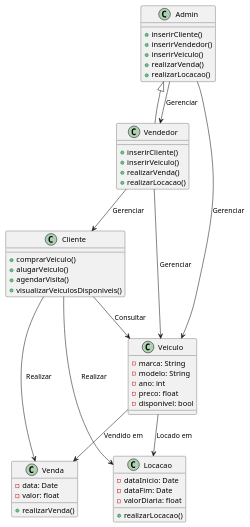
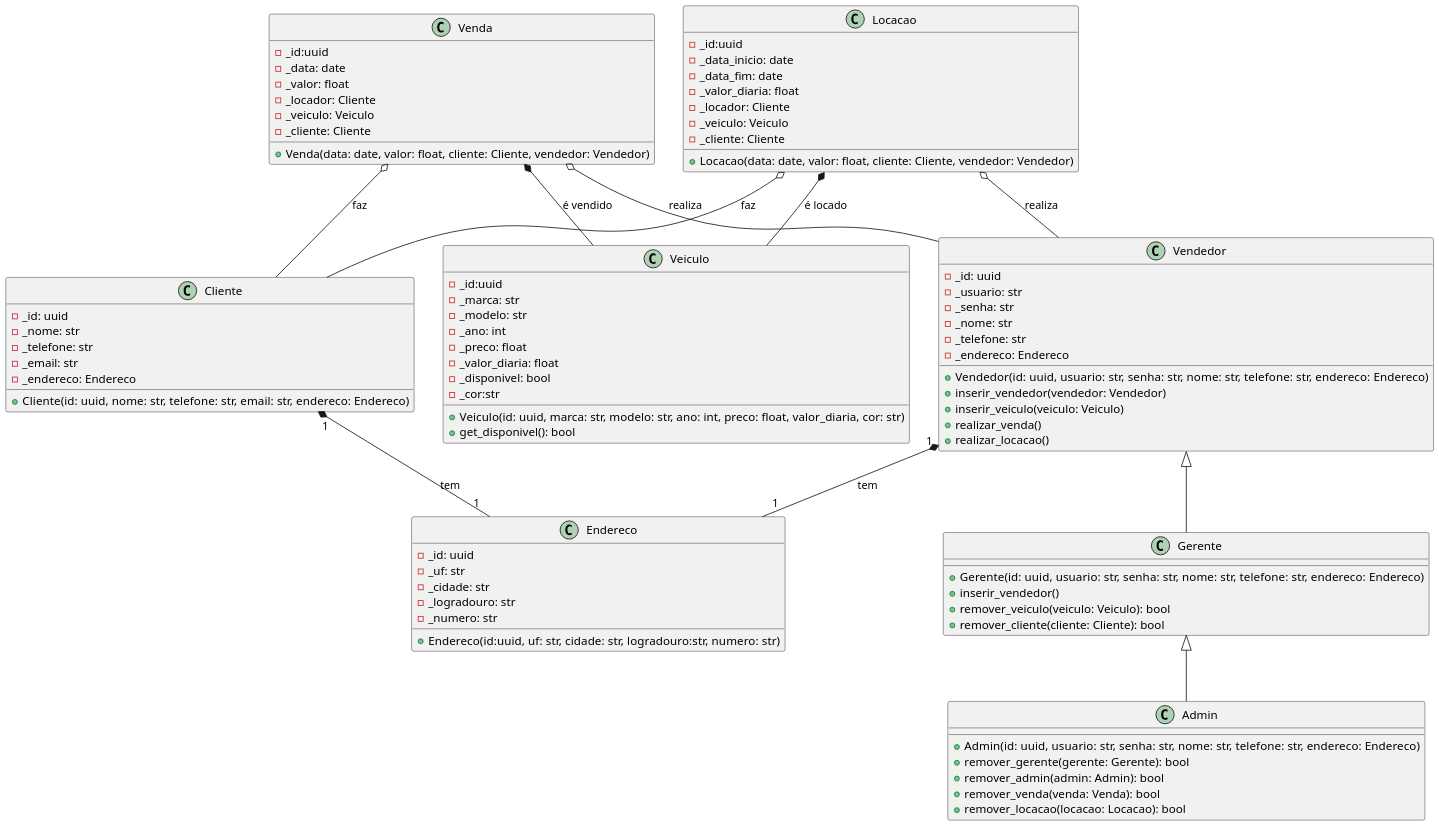
The diagram in Modelagem/Model.puml (gabrielraulino/DS-Persist-SmartAuto), drawn with PlantUML before and after one commit.

Commit message:
docs(Modelagem): atualização da modelagem das entidades

```diff
--- a/Modelagem/Model.puml
+++ b/Modelagem/Model.puml
@@ -1,57 +1,105 @@
-@startuml
+@startuml SmartAuto
+skinparam defaultFontName Hasklig
+skinparam dpi 150
+
+class Vendedor {
+  -_id: uuid
+  -_usuario: str
+  -_senha: str
+  -_nome: str
+  -_telefone: str
+  -_endereco: Endereco
+
+  +Vendedor(id: uuid, usuario: str, senha: str, nome: str, telefone: str, endereco: Endereco)
+  +inserir_vendedor(vendedor: Vendedor)
+  +inserir_veiculo(veiculo: Veiculo)
+  +realizar_venda()
+  +realizar_locacao()
+}
+
+
+class Gerente {
+  +Gerente(id: uuid, usuario: str, senha: str, nome: str, telefone: str, endereco: Endereco)
+  +inserir_vendedor()
+  +remover_veiculo(veiculo: Veiculo): bool
+  +remover_cliente(cliente: Cliente): bool
+}
 
 class Admin {
-  +inserirCliente()
-  +inserirVendedor()
-  +inserirVeiculo()
-  +realizarVenda()
-  +realizarLocacao()
-}
-
-class Vendedor {
-  +inserirCliente()
-  +inserirVeiculo()
-  +realizarVenda()
-  +realizarLocacao()
+  +Admin(id: uuid, usuario: str, senha: str, nome: str, telefone: str, endereco: Endereco)
+  +remover_gerente(gerente: Gerente): bool
+  +remover_admin(admin: Admin): bool
+  +remover_venda(venda: Venda): bool
+  +remover_locacao(locacao: Locacao): bool
 }
 
 class Cliente {
-  +comprarVeiculo()
-  +alugarVeiculo()
-  +agendarVisita()
-  +visualizarVeiculosDisponiveis()
+  -_id: uuid
+  -_nome: str
+  -_telefone: str
+  -_email: str
+  -_endereco: Endereco
+  
+  +Cliente(id: uuid, nome: str, telefone: str, email: str, endereco: Endereco)
+  
 }
 
+class Endereco{
+  -_id: uuid
+  -_uf: str
+  -_cidade: str
+  -_logradouro: str
+  -_numero: str
+  +Endereco(id:uuid, uf: str, cidade: str, logradouro:str, numero: str)
+}
 class Venda {
-  -data: Date
-  -valor: float
-  +realizarVenda()
+  -_id:uuid
+  -_data: date
+  -_valor: float
+  -_locador: Cliente
+  -_veiculo: Veiculo
+  -_cliente: Cliente
+
+  +Venda(data: date, valor: float, cliente: Cliente, vendedor: Vendedor)
+}
+
+class Locacao {
+  -_id:uuid
+  -_data_inicio: date
+  -_data_fim: date
+  -_valor_diaria: float
+  -_locador: Cliente
+  -_veiculo: Veiculo
+  -_cliente: Cliente
+
+  +Locacao(data: date, valor: float, cliente: Cliente, vendedor: Vendedor)
 }
 class Veiculo {
-  -marca: String
-  -modelo: String
-  -ano: int
-  -preco: float
-  -disponivel: bool
+  -_id:uuid
+  -_marca: str
+  -_modelo: str
+  -_ano: int
+  -_preco: float
+  -_valor_diaria: float
+  -_disponivel: bool
+  -_cor:str
+  +Veiculo(id: uuid, marca: str, modelo: str, ano: int, preco: float, valor_diaria, cor: str)
+  +get_disponivel(): bool
 }
 
 
-class Locacao {
-  -dataInicio: Date
-  -dataFim: Date
-  -valorDiaria: float
-  +realizarLocacao()
-}
 
-Admin <|-- Vendedor
-Admin --> Vendedor : "Gerenciar"
-Admin --> Veiculo : "Gerenciar"
-Vendedor --> Cliente : "Gerenciar"
-Vendedor --> Veiculo : "Gerenciar"
-Cliente --> Venda : "Realizar"
-Cliente --> Veiculo : "Consultar"
-Cliente --> Locacao : "Realizar"
-Veiculo --> Venda : "Vendido em"
-Veiculo --> Locacao : "Locado em"
 
+Vendedor <|-- Gerente
+Gerente <|-- Admin 
+Venda *-- Veiculo : "é vendido"
+Venda o-- Cliente : "faz"
+Venda o-- Vendedor : "realiza"
+
+Locacao *-- Veiculo : "é locado"
+Locacao o-- Cliente : "faz"
+Locacao o-- Vendedor : "realiza"
+
+Cliente "1"*-- "1"Endereco : "tem"
+Vendedor "1"*-- "1" Endereco : "tem"
 @enduml
```
